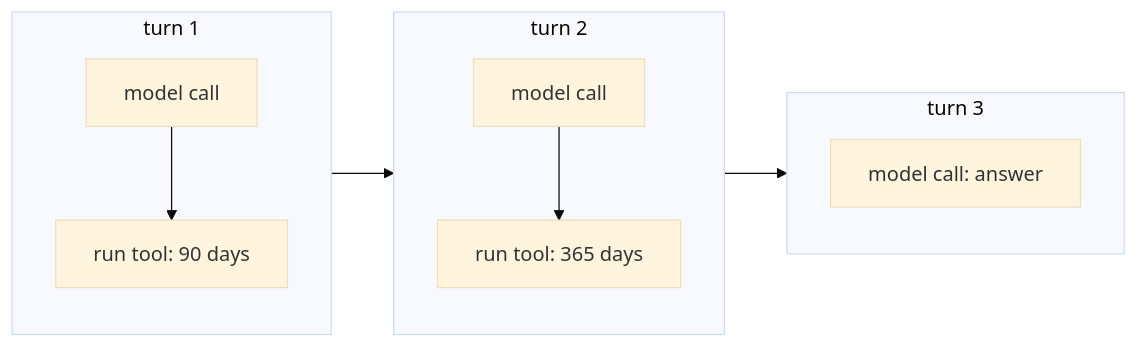
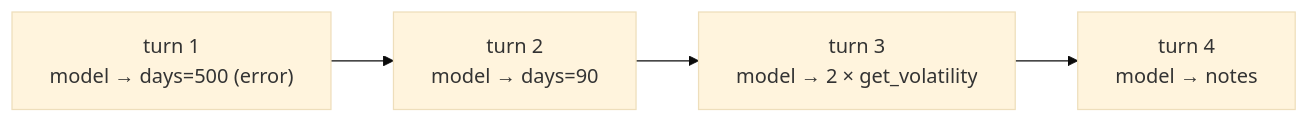
The diagram in content/What is a turn.md (jacopomanenti01/hackathon-notes), drawn with Mermaid (base theme) before and after one commit. The commit also changed other lines of this file and 18 other files, not shown here.

````diff
--- a/content/What is a turn.md
+++ b/content/What is a turn.md
@@ -43,13 +36,6 @@
 ```mermaid
 flowchart LR
-    subgraph T1 ["turn 1"]
-        M1["model call"] --> R1["run tool: 90 days"]
-    end
-    subgraph T2 ["turn 2"]
-        M2["model call"] --> R2["run tool: 365 days"]
-    end
-    subgraph T3 ["turn 3"]
-        M3["model call: answer"]
-    end
-    T1 --> T2 --> T3
+    T1["turn 1<br/>model → days=500 (error)"] --> T2["turn 2<br/>model → days=90"]
+    T2 --> T3["turn 3<br/>model → 2 × get_volatility"]
+    T3 --> T4["turn 4<br/>model → notes"]
 ```
````
